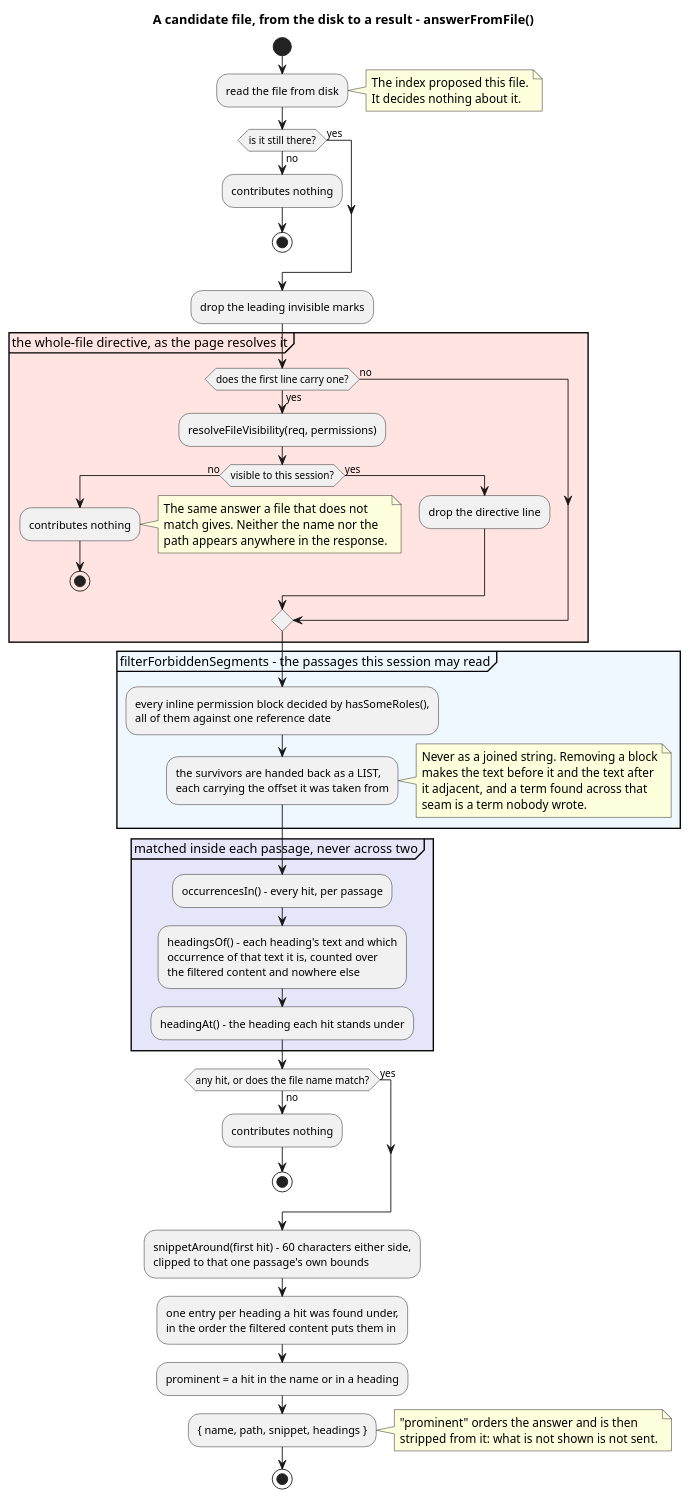
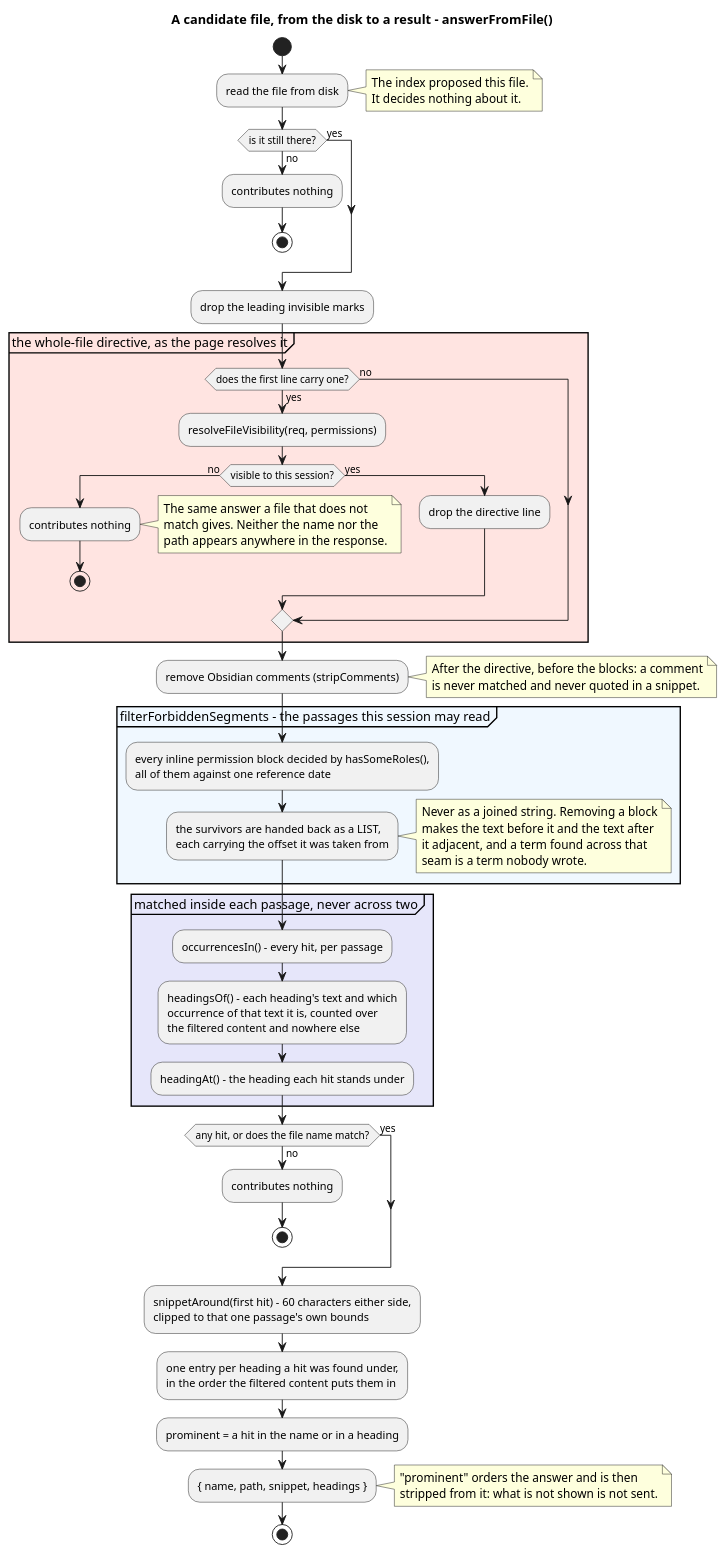
One commit to UnterrainerInformatik/safeLearn changed the second of 3 diagrams in docs-search.md. Above: the diagram before and after it, drawn with PlantUML. The commit also changed other lines of this file and 20 other files, not shown here.

First line of the commit message:
Hide Obsidian comments (%%…%%) from every view, search and attachment check

````diff
--- a/docs-search.md
+++ b/docs-search.md
@@ -86,67 +88,72 @@
 ```plantuml
 title A candidate file, from the disk to a result - answerFromFile()
 
 start
 :read the file from disk;
 note right
   The index proposed this file.
   It decides nothing about it.
 end note
 if (is it still there?) then (yes)
 else (no)
   :contributes nothing;
   stop
 endif
 :drop the leading invisible marks;
 
 partition #MistyRose "the whole-file directive, as the page resolves it" {
   if (does the first line carry one?) then (yes)
     :resolveFileVisibility(req, permissions);
     if (visible to this session?) then (no)
       :contributes nothing;
       note right
         The same answer a file that does not
         match gives. Neither the name nor the
         path appears anywhere in the response.
       end note
       stop
     else (yes)
       :drop the directive line;
     endif
   else (no)
   endif
 }
+:remove Obsidian comments (stripComments);
+note right
+  After the directive, before the blocks: a comment
+  is never matched and never quoted in a snippet.
+end note
 
 partition #AliceBlue "filterForbiddenSegments - the passages this session may read" {
   :every inline permission block decided by hasSomeRoles(),\nall of them against one reference date;
   :the survivors are handed back as a LIST,\neach carrying the offset it was taken from;
   note right
     Never as a joined string. Removing a block
     makes the text before it and the text after
     it adjacent, and a term found across that
     seam is a term nobody wrote.
   end note
 }
 
 partition #Lavender "matched inside each passage, never across two" {
   :occurrencesIn() - every hit, per passage;
   :headingsOf() - each heading's text and which\noccurrence of that text it is, counted over\nthe filtered content and nowhere else;
   :headingAt() - the heading each hit stands under;
 }
 
 if (any hit, or does the file name match?) then (yes)
 else (no)
   :contributes nothing;
   stop
 endif
 
 :snippetAround(first hit) - 60 characters either side,\nclipped to that one passage's own bounds;
 :one entry per heading a hit was found under,\nin the order the filtered content puts them in;
 :prominent = a hit in the name or in a heading;
 :{ name, path, snippet, headings };
 note right
   "prominent" orders the answer and is then
   stripped from it: what is not shown is not sent.
 end note
 stop
 ```
````
